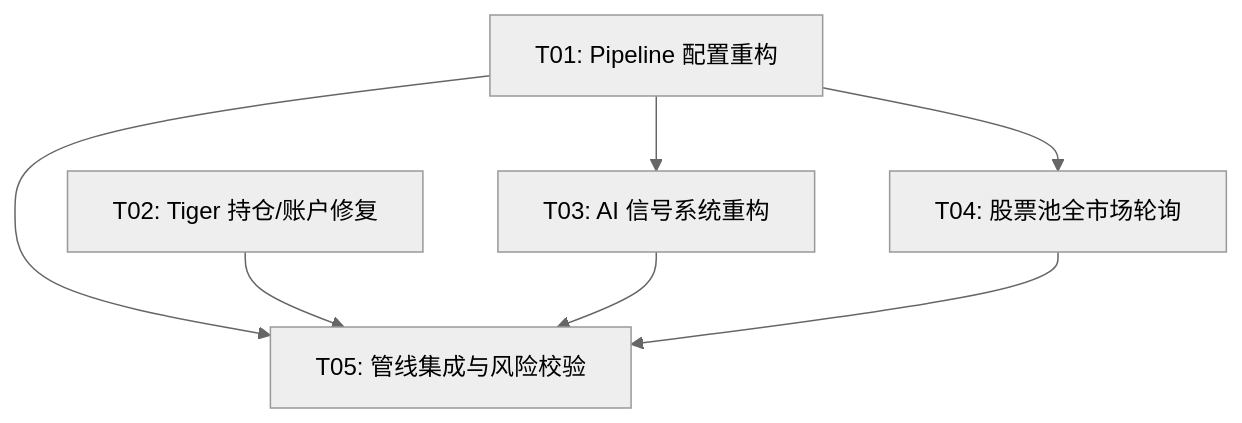
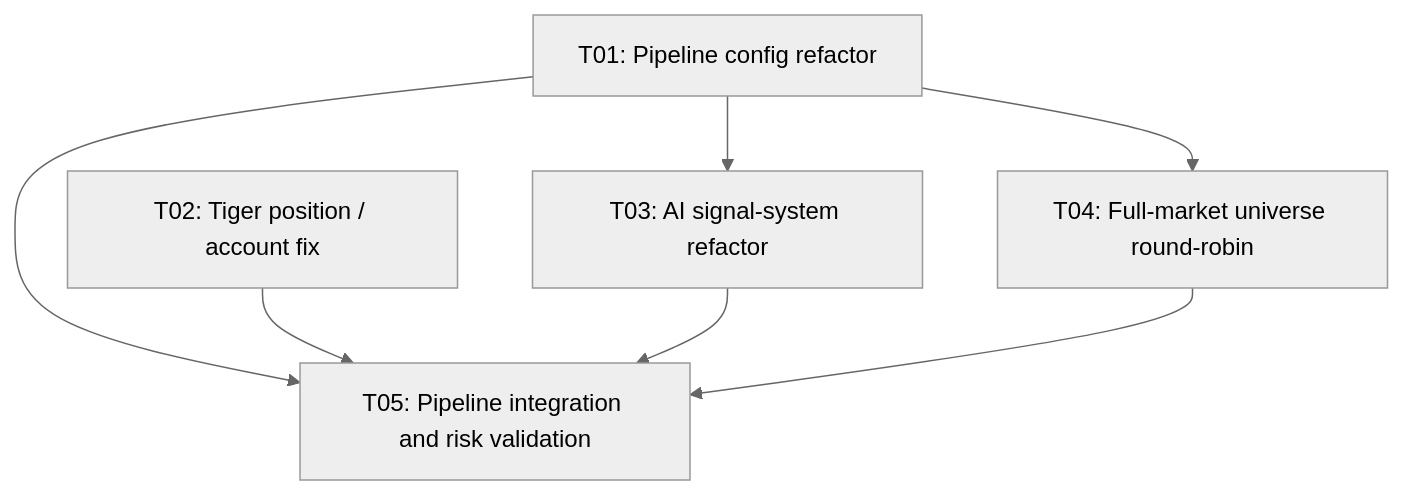
Before and after one commit to AndrewMa1992/quant-ai-trader: the fifth of 5 diagrams in docs/system_design.md, drawn with Mermaid (neutral theme). The commit also changed other lines of this file and 130 other files, not shown here.

````diff
--- a/docs/system_design.md
+++ b/docs/system_design.md
@@ -419,15 +419,15 @@
 ```mermaid
 graph TD
-    T01[T01: Pipeline 配置重构]
-    T02[T02: Tiger 持仓/账户修复]
-    T03[T03: AI 信号系统重构]
-    T04[T04: 股票池全市场轮询]
-    T05[T05: 管线集成与风险校验]
+    T01[T01: Pipeline config refactor]
+    T02[T02: Tiger position / account fix]
+    T03[T03: AI signal-system refactor]
+    T04[T04: Full-market universe round-robin]
+    T05[T05: Pipeline integration and risk validation]
 
     T01 --> T03
     T01 --> T04
     T01 --> T05
     T02 --> T05
     T03 --> T05
     T04 --> T05
 ```
````
